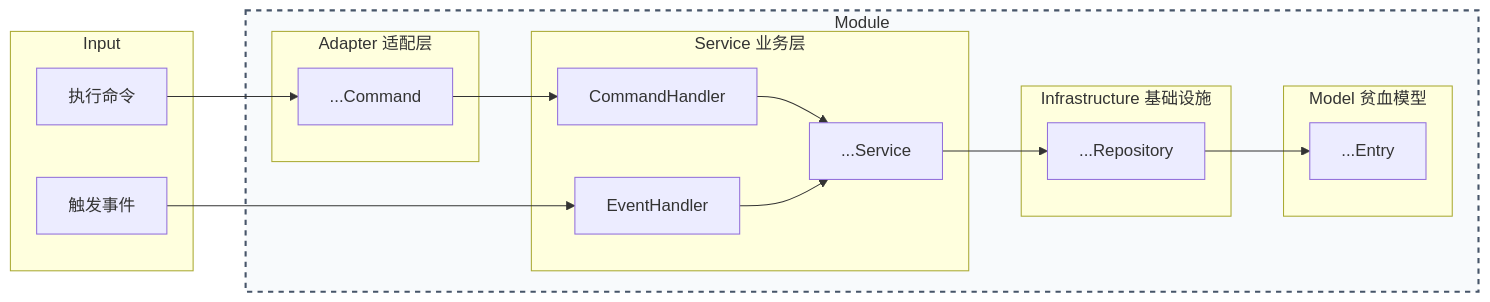
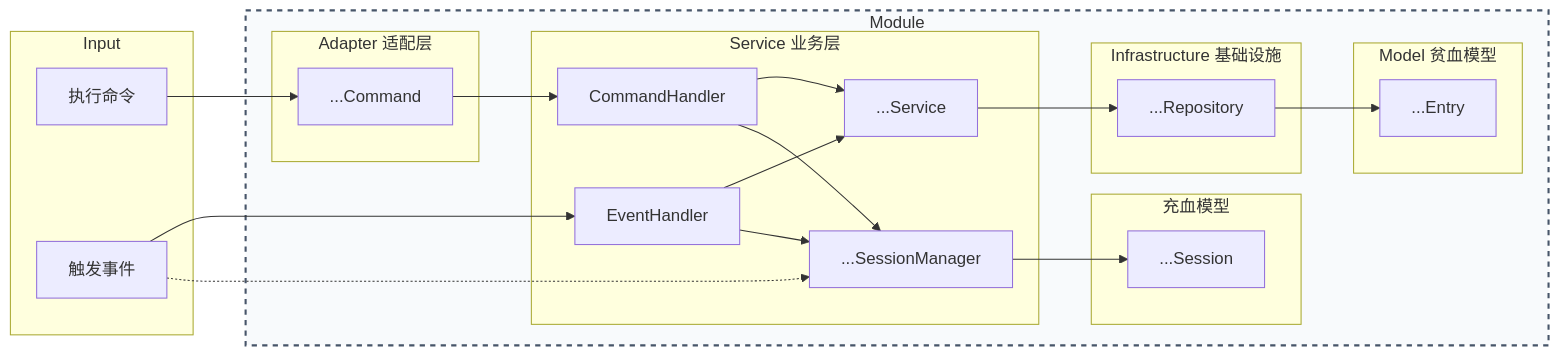
The diagram in docs/architecture.md (masterLazy/Satellite), drawn with Mermaid before and after one commit. The commit also changed other lines of this file and 66 other files, not shown here.

````diff
--- a/docs/architecture.md
+++ b/docs/architecture.md
@@ -9,25 +9,31 @@
 ```mermaid
 graph LR
 	subgraph Module
         subgraph Adapter 适配层
         ...Command
         end
         subgraph Service 业务层
         CommandHandler-->...Service
         EventHandler-->...Service
+        CommandHandler-->...SessionManager
+        EventHandler-->...SessionManager
         end
         ...Command-->CommandHandler
         subgraph Infrastructure 基础设施
         ...Repository
         end
         ...Service-->...Repository
         subgraph Model 贫血模型
         ...Repository-->...Entry
         end
+        subgraph 充血模型
+        ...SessionManager-->...Session
+        end
     end
     subgraph Input
         执行命令-->...Command
         触发事件-->EventHandler
+        触发事件-.->...SessionManager
 	end
 	style Module fill: #F8FAFC,stroke:#475569,stroke-width:2px,stroke-dasharray:5
 ```
````
